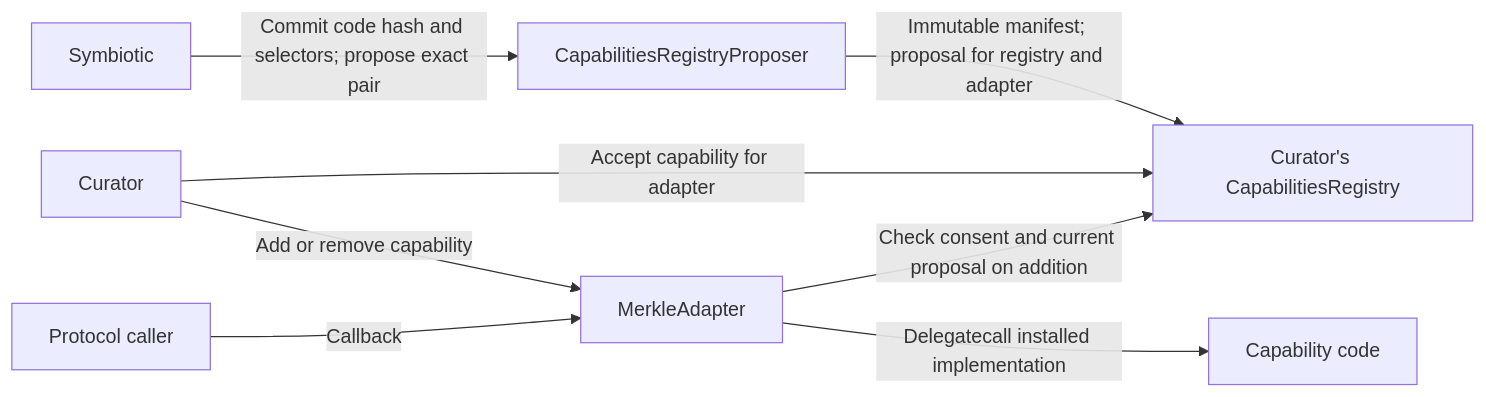
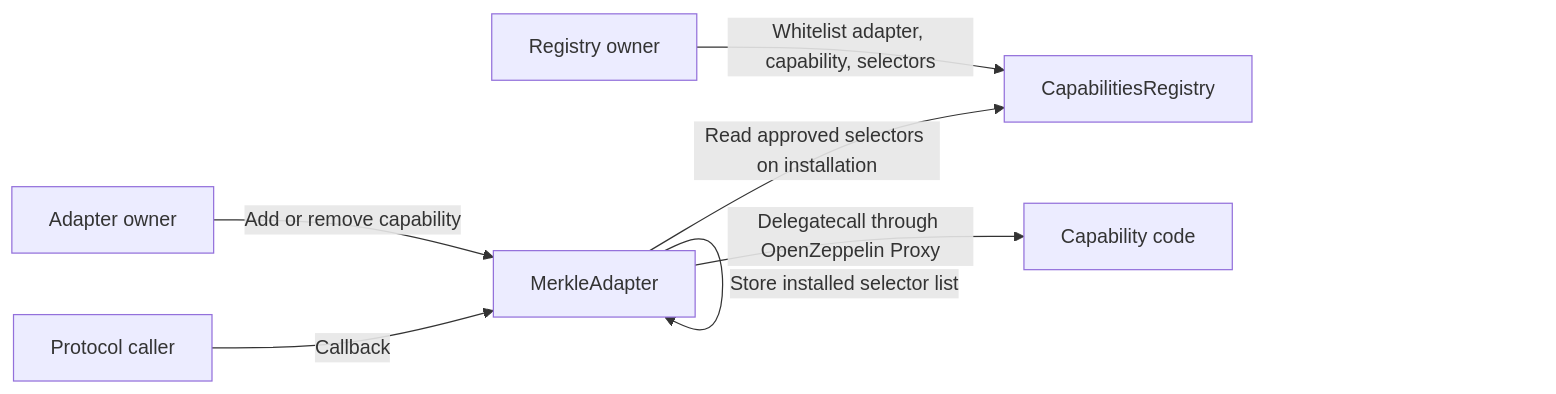
Before and after one commit to symbioticfi/adapters: the diagram in docs/capability-governance.md, drawn with Mermaid. The commit also changed other lines of this file and 32 other files, not shown here.

Commit message:
refactor: simplify Merkle capability governance and liquidity

````diff
--- a/docs/capability-governance.md
+++ b/docs/capability-governance.md
@@ -3,10 +3,9 @@
 ```mermaid
 flowchart LR
-  S[Symbiotic] -->|Commit code hash and selectors; propose exact pair| P[CapabilitiesRegistryProposer]
-  P -->|Immutable manifest; proposal for registry and adapter| R[Curator's CapabilitiesRegistry]
-  C[Curator] -->|Accept capability for adapter| R
-  C -->|Add or remove capability| A[MerkleAdapter]
-  A -->|Check consent and current proposal on addition| R
+  S[Registry owner] -->|Whitelist adapter, capability, selectors| R[CapabilitiesRegistry]
+  C[Adapter owner] -->|Add or remove capability| A[MerkleAdapter]
+  A -->|Read approved selectors on installation| R
+  A -->|Store installed selector list| A
   X[Protocol caller] -->|Callback| A
-  A -->|Delegatecall installed implementation| I[Capability code]
+  A -->|Delegatecall through OpenZeppelin Proxy| I[Capability code]
 ```
````
